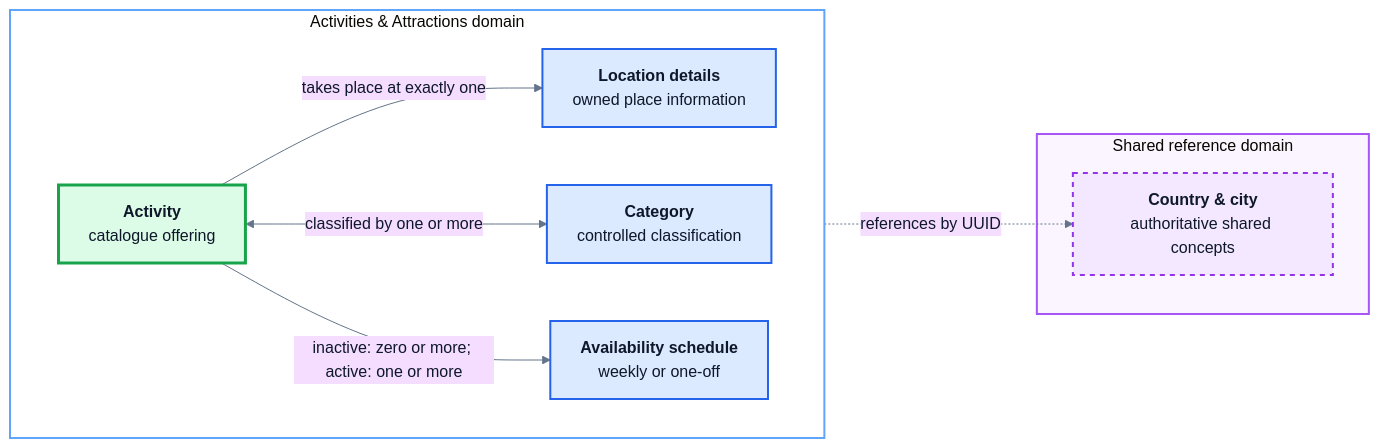
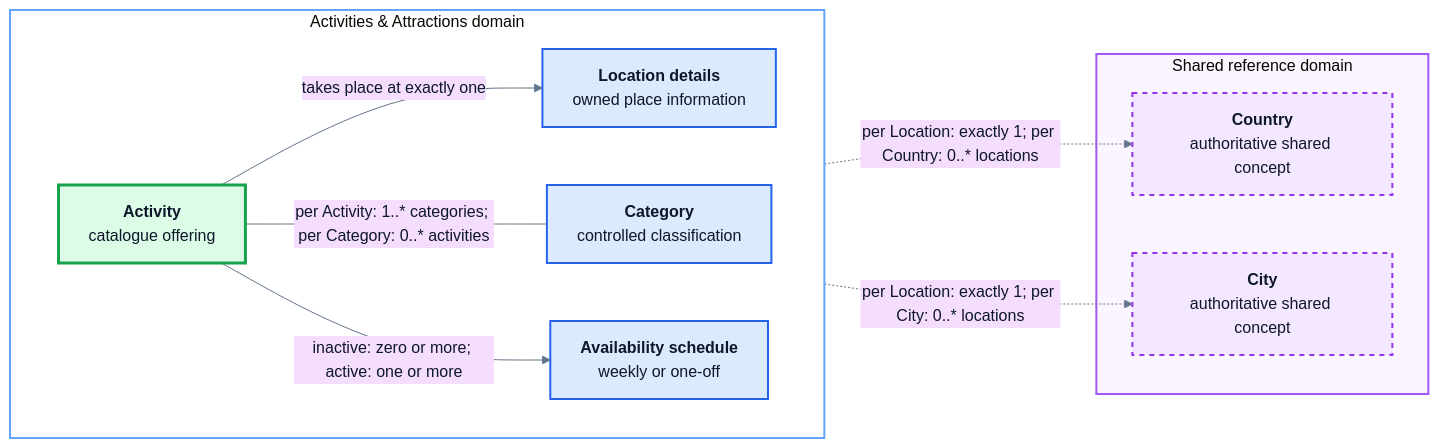
Before and after one commit to JulianKirk/TripGenie: the diagram in docs/reports/release-0/Student4/DataDesign/conceptual.md, drawn with Mermaid. The commit also changed other lines of this file and 3 other files, not shown here.

First line of the commit message:
Correct Student 4 ERD semantics (#116)

````diff
--- a/docs/reports/release-0/Student4/DataDesign/conceptual.md
+++ b/docs/reports/release-0/Student4/DataDesign/conceptual.md
@@ -13,29 +13,31 @@
 ```mermaid
 %%{init: {"theme":"base","themeVariables":{"fontFamily":"Inter, ui-sans-serif, system-ui, sans-serif","primaryTextColor":"#0f172a","lineColor":"#64748b","clusterBkg":"#f8fafc","clusterBorder":"#cbd5e1"},"flowchart":{"curve":"basis","nodeSpacing":58,"rankSpacing":72}}}%%
 flowchart LR
     subgraph OWNED[Activities & Attractions domain]
         direction LR
         ACTIVITY[<b>Activity</b><br/>catalogue offering]
         LOCATION[<b>Location details</b><br/>owned place information]
         CATEGORY[<b>Category</b><br/>controlled classification]
         SCHEDULE[<b>Availability schedule</b><br/>weekly or one-off]
     end
 
     subgraph EXTERNAL[Shared reference domain]
-        PLACE[<b>Country & city</b><br/>authoritative shared concepts]
+        COUNTRY[<b>Country</b><br/>authoritative shared concept]
+        CITY[<b>City</b><br/>authoritative shared concept]
     end
 
     ACTIVITY -->|takes place at exactly one| LOCATION
-    ACTIVITY <-->|classified by one or more| CATEGORY
+    ACTIVITY ---|"per Activity: 1..* categories; per Category: 0..* activities"| CATEGORY
     ACTIVITY -->|"inactive: zero or more; active: one or more"| SCHEDULE
-    LOCATION -.->|references by UUID| PLACE
+    LOCATION -.->|"per Location: exactly 1; per Country: 0..* locations"| COUNTRY
+    LOCATION -.->|"per Location: exactly 1; per City: 0..* locations"| CITY
 
     classDef core fill:#dcfce7,stroke:#16a34a,color:#0f172a,stroke-width:3px;
     classDef owned fill:#dbeafe,stroke:#2563eb,color:#0f172a,stroke-width:2px;
     classDef external fill:#f3e8ff,stroke:#9333ea,color:#0f172a,stroke-width:2px,stroke-dasharray:5 5;
     class ACTIVITY core;
     class LOCATION,CATEGORY,SCHEDULE owned;
-    class PLACE external;
+    class COUNTRY,CITY external;
     style OWNED fill:#ffffff,stroke:#60a5fa,stroke-width:2px;
     style EXTERNAL fill:#faf5ff,stroke:#a855f7,stroke-width:2px;
 ```
````
